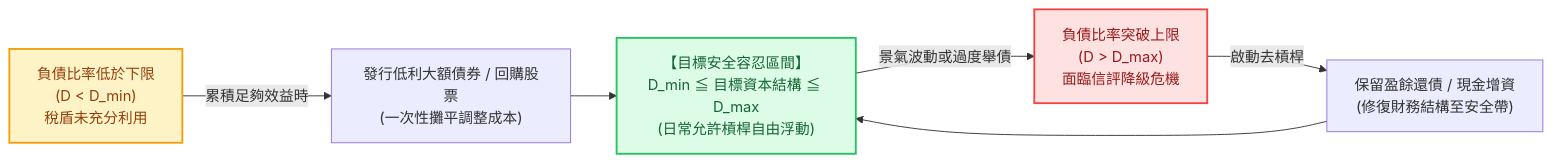
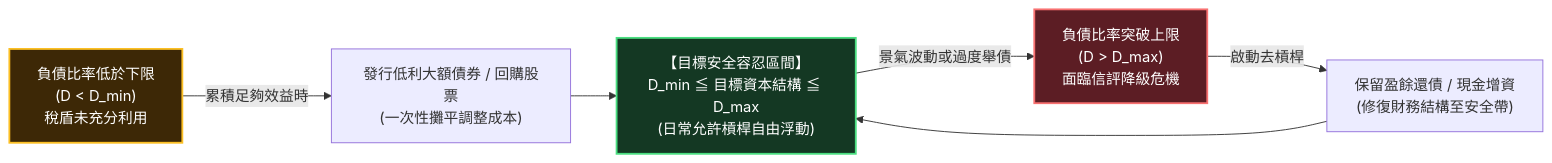
The second of 2 diagrams in src/site/notes/98_商業概念庫/theory-7_權衡理論.md (Jimlin0428/my-digital-garden), drawn with Mermaid before and after one commit. The commit also changed other lines of this file and 58 other files, not shown here.

````diff
--- a/src/site/notes/98_商業概念庫/theory-7_權衡理論.md
+++ b/src/site/notes/98_商業概念庫/theory-7_權衡理論.md
@@ -151,12 +151,12 @@
 ```mermaid
 flowchart LR
     Under["負債比率低於下限<br>(D < D_min)<br>稅盾未充分利用"] -->|累積足夠效益時| Rebalance1["發行低利大額債券 / 回購股票<br>(一次性攤平調整成本)"]
     Rebalance1 --> TargetZone["【目標安全容忍區間】<br>D_min ≦ 目標資本結構 ≦ D_max<br>(日常允許槓桿自由浮動)"]
     TargetZone -->|景氣波動或過度舉債| Over["負債比率突破上限<br>(D > D_max)<br>面臨信評降級危機"]
     Over -->|啟動去槓桿| Rebalance2["保留盈餘還債 / 現金增資<br>(修復財務結構至安全帶)"]
     Rebalance2 --> TargetZone
 
-    style TargetZone fill:#dcfce7,stroke:#22c55e,stroke-width:2px,color:#166534
-    style Over fill:#fee2e2,stroke:#ef4444,stroke-width:2px,color:#991b1b
-    style Under fill:#fef3c7,stroke:#f59e0b,stroke-width:2px,color:#92400e
+    style TargetZone fill:#143823,stroke:#4ade80,stroke-width:2px,color:#ffffff
+    style Over fill:#5c1d24,stroke:#f87171,stroke-width:2px,color:#ffffff
+    style Under fill:#3d2806,stroke:#fbbf24,stroke-width:2px,color:#ffffff
 ```
````
